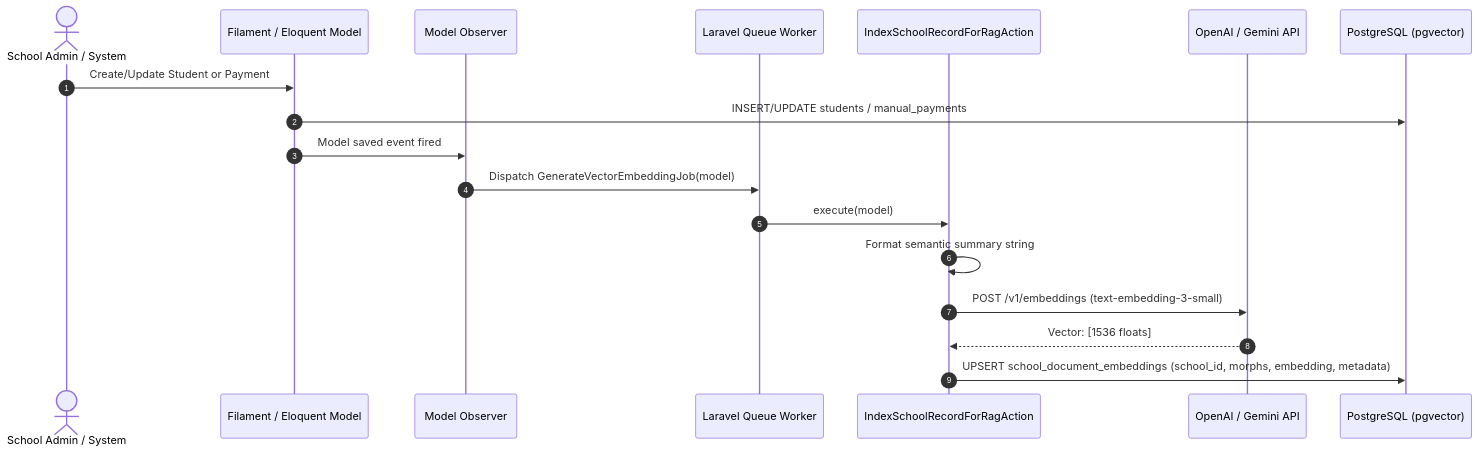
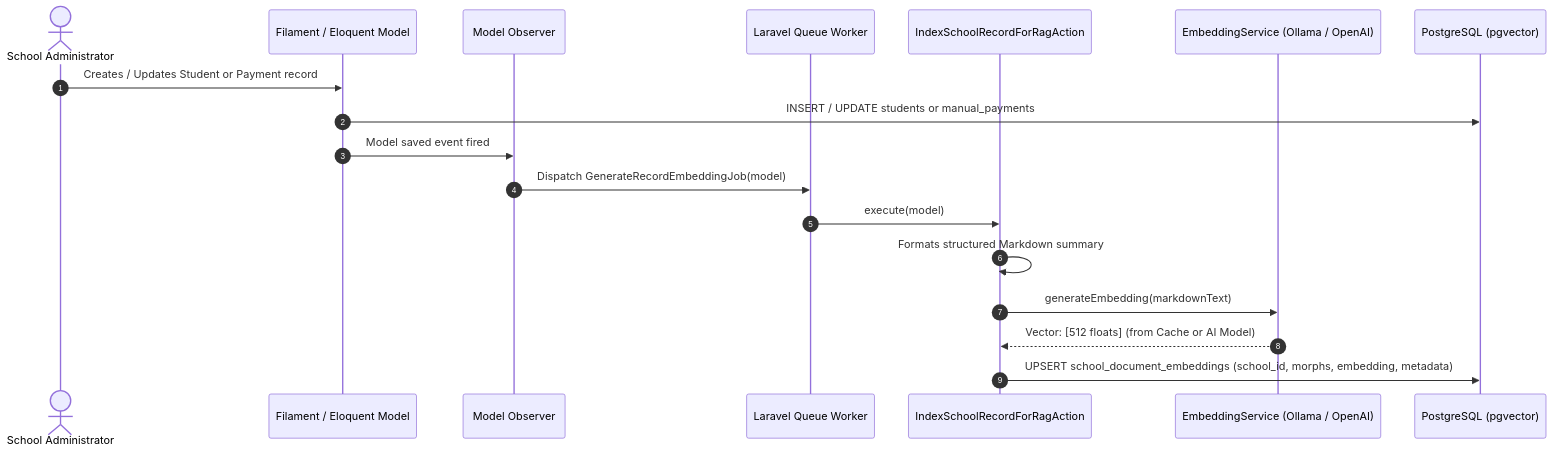
One commit to bryanjamesmiller/vectors-example changed the first of 2 diagrams in documentation/ADR-0001-vector-embeddings-and-rag-architecture.md. Above: the diagram before and after it, drawn with Mermaid. The commit also changed other lines of this file and 1 other file, not shown here.

Commit message:
docs: update ADR-0001 with settled multitenancy RAG architecture and 512d vectors

````diff
--- a/documentation/ADR-0001-vector-embeddings-and-rag-architecture.md
+++ b/documentation/ADR-0001-vector-embeddings-and-rag-architecture.md
@@ -48,23 +55,23 @@
 ```mermaid
 sequenceDiagram
     autonumber
-    actor Admin as School Admin / System
+    actor Admin as School Administrator
     participant App as Filament / Eloquent Model
     participant Observer as Model Observer
     participant Queue as Laravel Queue Worker
     participant Action as IndexSchoolRecordForRagAction
-    participant AI as OpenAI / Gemini API
+    participant Embed as EmbeddingService (Ollama / OpenAI)
     participant PG as PostgreSQL (pgvector)
 
-    Admin->>App: Create/Update Student or Payment
-    App->>PG: INSERT/UPDATE students / manual_payments
+    Admin->>App: Creates / Updates Student or Payment record
+    App->>PG: INSERT / UPDATE students or manual_payments
     App->>Observer: Model saved event fired
-    Observer->>Queue: Dispatch GenerateVectorEmbeddingJob(model)
+    Observer->>Queue: Dispatch GenerateRecordEmbeddingJob(model)
     
     Queue->>Action: execute(model)
-    Action->>Action: Format semantic summary string
-    Action->>AI: POST /v1/embeddings (text-embedding-3-small)
-    AI-->>Action: Vector: [1536 floats]
+    Action->>Action: Formats structured Markdown summary
+    Action->>Embed: generateEmbedding(markdownText)
+    Embed-->>Action: Vector: [512 floats] (from Cache or AI Model)
     
     Action->>PG: UPSERT school_document_embeddings (school_id, morphs, embedding, metadata)
 ```
````
